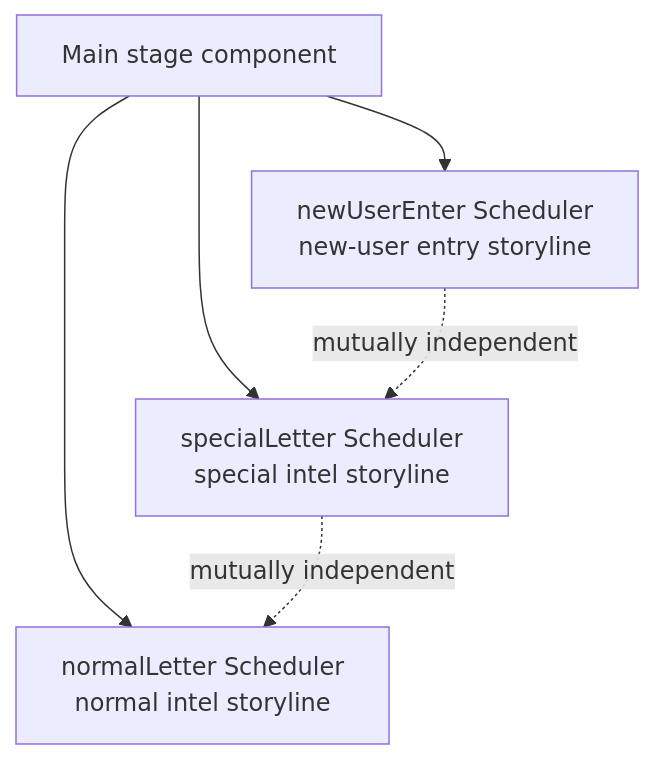
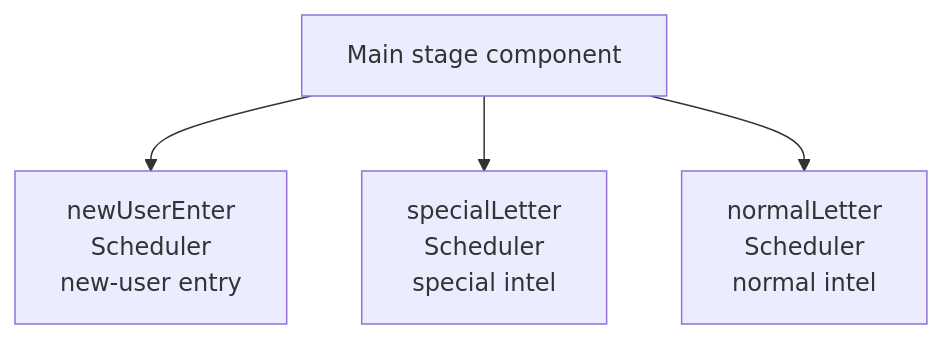
The third of 4 diagrams in content/posts/en/animation-scheduler-framework.md (TTANF1/yao.me), drawn with Mermaid before and after one commit. The commit also changed 8 other files, not shown here.

Commit message:
feat: 新增文章架构与业务需求的双语支持，优化 Mermaid 渲染与 Markdown 处理

````diff
--- a/content/posts/en/animation-scheduler-framework.md
+++ b/content/posts/en/animation-scheduler-framework.md
@@ -237,10 +237,8 @@
 ```mermaid
 flowchart TB
     M[Main stage component]
-    M --> S1[newUserEnter Scheduler<br/>new-user entry storyline]
-    M --> S2[specialLetter Scheduler<br/>special intel storyline]
-    M --> S3[normalLetter Scheduler<br/>normal intel storyline]
+    M --> S1[newUserEnter<br/>Scheduler<br/>new-user entry]
+    M --> S2[specialLetter<br/>Scheduler<br/>special intel]
+    M --> S3[normalLetter<br/>Scheduler<br/>normal intel]
 
-    S1 -.mutually independent.-> S2
-    S2 -.mutually independent.-> S3
 ```
````
